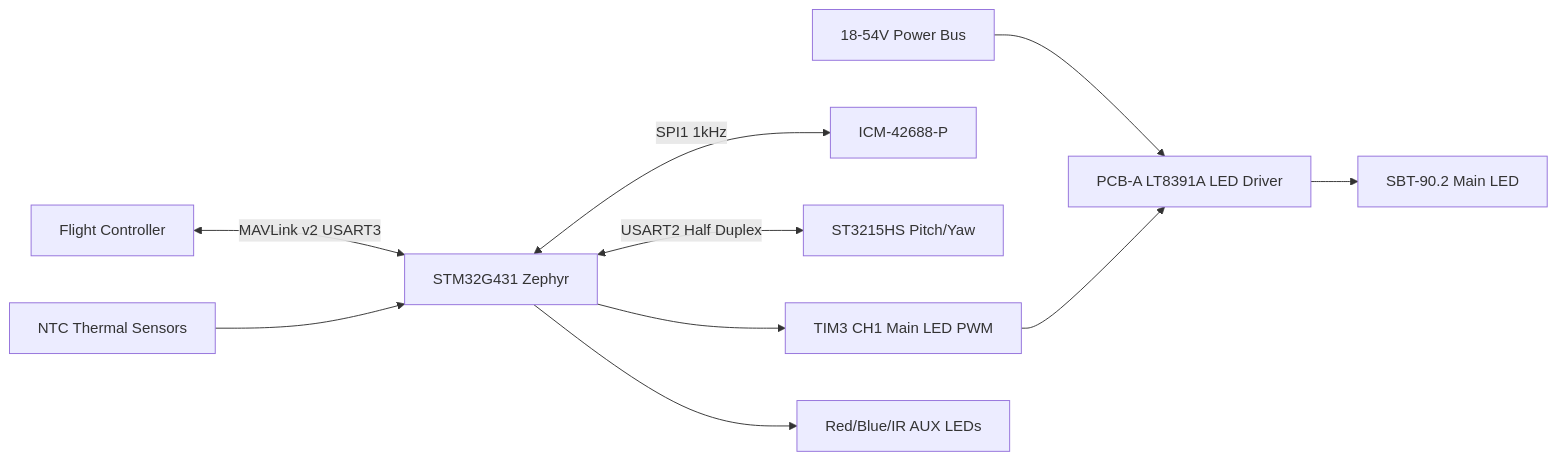
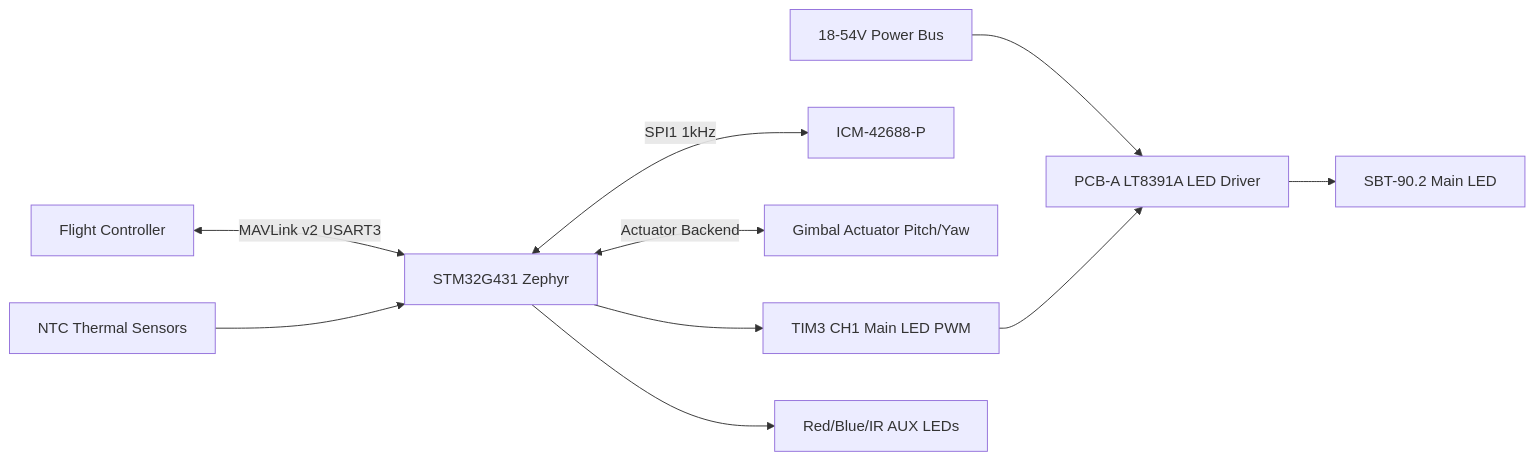
One commit to thule2510ddt/sgl200-workspace changed the diagram in 04-ARCHITECTURE.md. Above: the diagram before and after it, drawn with Mermaid. The commit also changed other lines of this file and 21 other files, not shown here.

Commit message:
Add gimbal actuator product variants

````diff
--- a/04-ARCHITECTURE.md
+++ b/04-ARCHITECTURE.md
@@ -207,12 +208,12 @@
 ```mermaid
 flowchart LR
     FC[Flight Controller] <-- MAVLink v2 USART3 --> MCU[STM32G431 Zephyr]
     BUS[18-54V Power Bus] --> PWR[PCB-A LT8391A LED Driver]
     PWR --> LED[SBT-90.2 Main LED]
     MCU <-- SPI1 1kHz --> IMU[ICM-42688-P]
-    MCU <-- USART2 Half Duplex --> SERVO[ST3215HS Pitch/Yaw]
+    MCU <-- Actuator Backend --> ACT[Gimbal Actuator Pitch/Yaw]
     MCU --> PWM[TIM3 CH1 Main LED PWM]
     PWM --> PWR
     NTC[NTC Thermal Sensors] --> MCU
     MCU --> AUX[Red/Blue/IR AUX LEDs]
 ```
````
